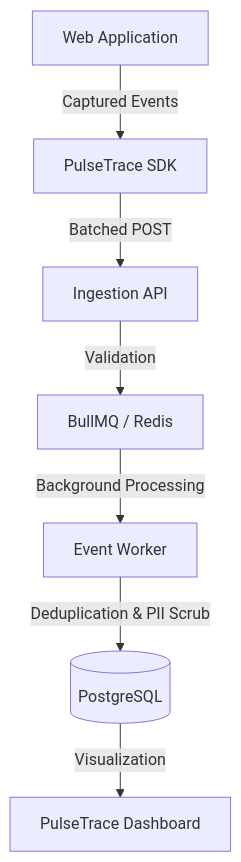
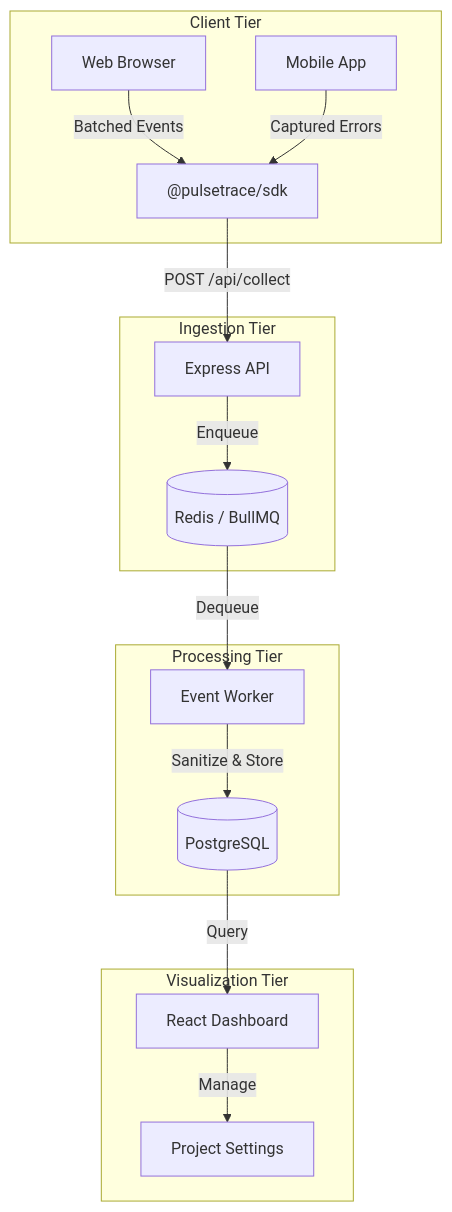
The diagram in README.md (KumarDhananjaya/pulsetrace), drawn with Mermaid before and after one commit. The commit also changed other lines of this file and 11 other files, not shown here.

````diff
--- a/README.md
+++ b/README.md
@@ -10,9 +53,22 @@
 ```mermaid
 graph TD
-    Client[Web Application] -->|Captured Events| SDK[PulseTrace SDK]
-    SDK -->|Batched POST| API[Ingestion API]
-    API -->|Validation| Queue[BullMQ / Redis]
-    Queue -->|Background Processing| Worker[Event Worker]
-    Worker -->|Deduplication & PII Scrub| DB[(PostgreSQL)]
-    DB -->|Visualization| Dashboard[PulseTrace Dashboard]
+    subgraph "Client Tier"
+        Browser[Web Browser] -->|Batched Events| SDK["@pulsetrace/sdk"]
+        Mobile[Mobile App] -->|Captured Errors| SDK
+    end
+
+    subgraph "Ingestion Tier"
+        SDK -->|POST /api/collect| API[Express API]
+        API -->|Enqueue| Redis[(Redis / BullMQ)]
+    end
+
+    subgraph "Processing Tier"
+        Redis -->|Dequeue| Worker[Event Worker]
+        Worker -->|Sanitize & Store| DB[(PostgreSQL)]
+    end
+
+    subgraph "Visualization Tier"
+        DB -->|Query| Dashboard[React Dashboard]
+        Dashboard -->|Manage| Settings[Project Settings]
+    end
 ```
````
